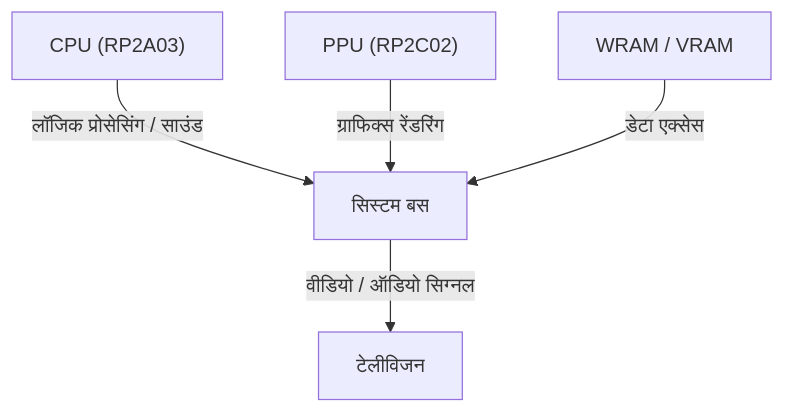
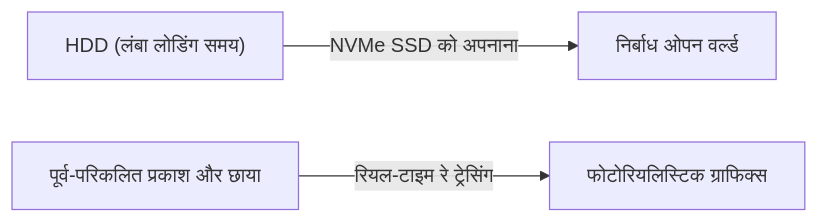
One commit to kenjinote/blog changed the second of 2 diagrams in content/post/history-of-video-game-consoles/index.hi.md. Above: the diagram before and after it, drawn with Mermaid. The commit also changed other lines of this file and 129 other files, not shown here.

````diff
--- a/content/post/history-of-video-game-consoles/index.hi.md
+++ b/content/post/history-of-video-game-consoles/index.hi.md
@@ -49,7 +61,5 @@
 ```mermaid
-flowchart TD
-    CPU["CPU (RP2A03)"] -- "लॉजिक प्रोसेसिंग / साउंड" --> BUS["सिस्टम बस"]
-    PPU["PPU (RP2C02)"] -- "ग्राफिक्स रेंडरिंग" --> BUS
-    BUS -- "वीडियो / ऑडियो सिग्नल" --> TV["टेलीविजन"]
-    RAM["WRAM / VRAM"] -- "डेटा एक्सेस" --> BUS
+graph LR
+  A["HDD (लंबा लोडिंग समय)"] -- "NVMe SSD को अपनाना" --> B["निर्बाध ओपन वर्ल्ड"]
+  C["पूर्व-परिकलित प्रकाश और छाया"] -- "रियल-टाइम रे ट्रेसिंग" --> D["फोटोरियलिस्टिक ग्राफिक्स"]
 ```
````
